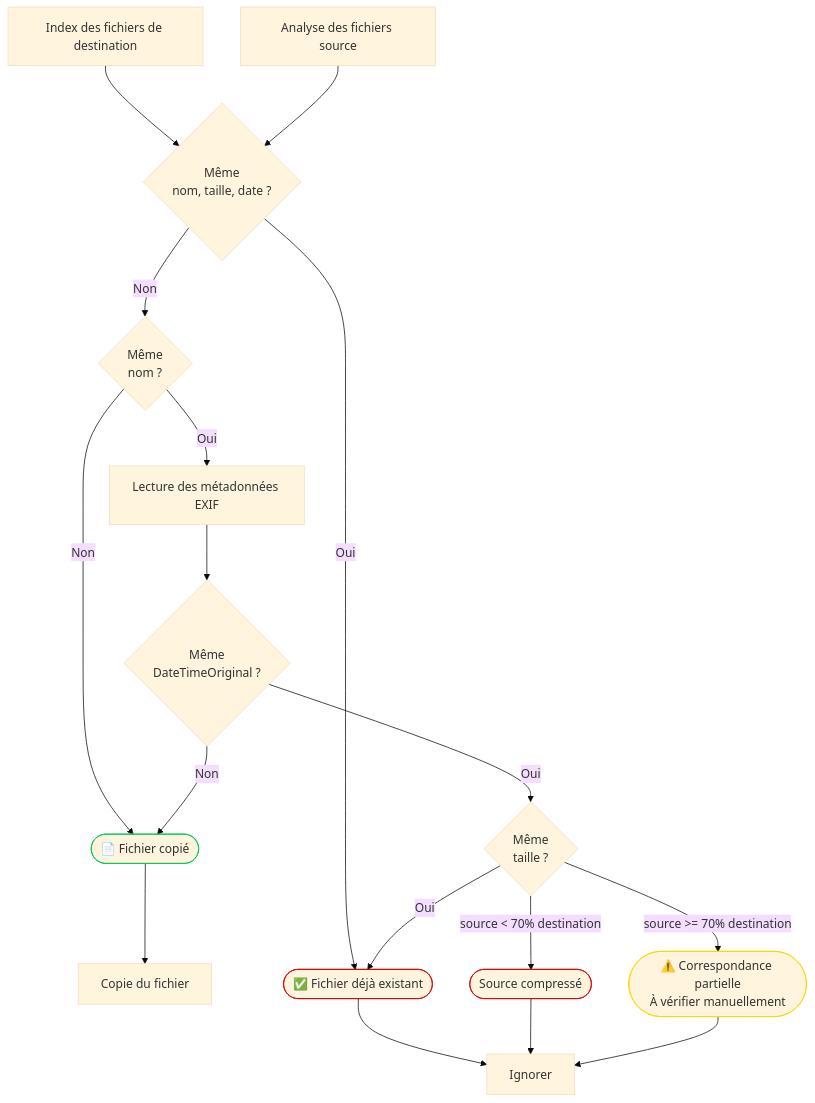
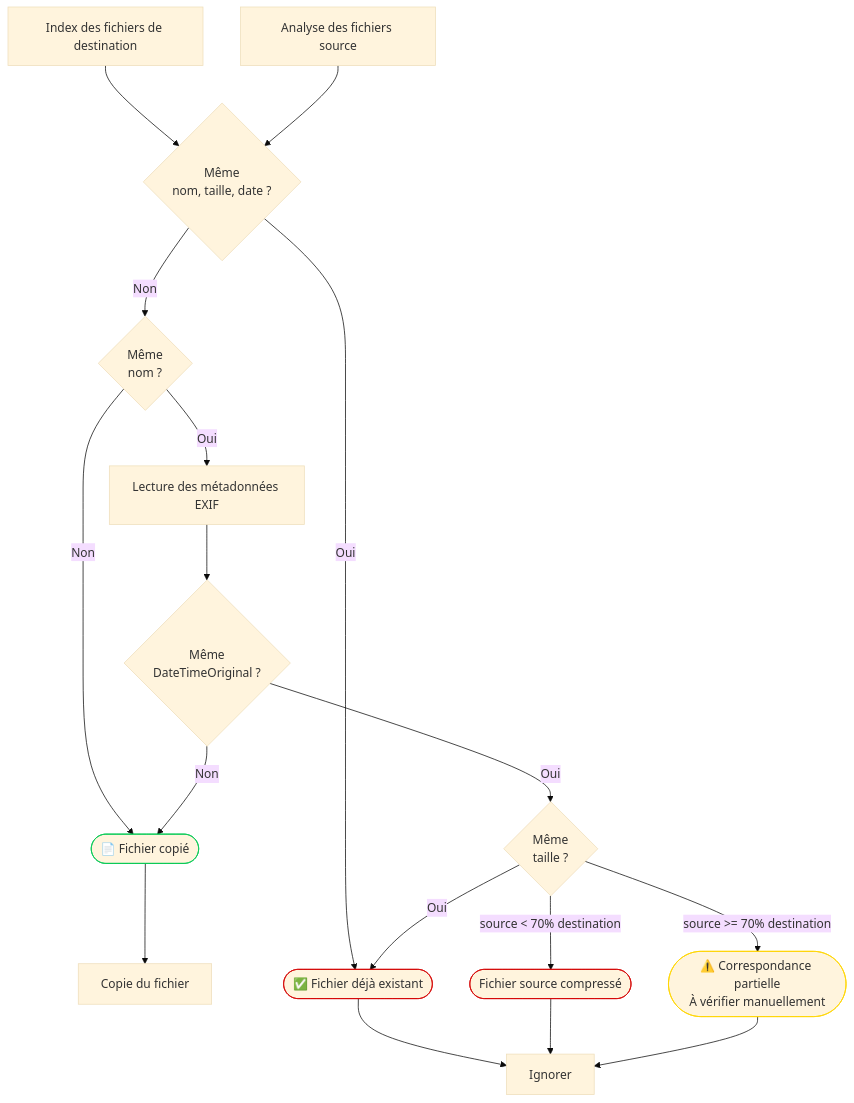
The diagram in docs/README.fr.md (FunkyKwak/unique-photo-transfer), drawn with Mermaid (base theme) before and after one commit. The commit also changed other lines of this file, not shown here.

````diff
--- a/docs/README.fr.md
+++ b/docs/README.fr.md
@@ -52,45 +54,45 @@
 ```mermaid
 flowchart TD
 
     A[Index des fichiers de destination]
     B[Analyse des fichiers source]
     C{Même<br>nom, taille, date ?}
     D[Copie du fichier]
     E([✅ Fichier déjà existant])
     F[Lecture des métadonnées EXIF]
     G{Même<br>DateTimeOriginal ?}
     H([📄 Fichier copié])
     I([⚠️ Correspondance partielle<br>À vérifier manuellement])
     J[Ignorer]
     L{Même<br>taille ?}
-    M([Source compressé])
+    M([Fichier source compressé])
 
     A --> C
     B --> C
 
     C -->|Oui| E
     C -->|Non| K{Même<br>nom ?}
     
     K -->|Non| H
     K -->|Oui| F
 
     F --> G
 
     G -->|Oui| L
     G -->|Non| H
 
     L -->|Oui| E
     L -->|source < 70% destination| M
     L -->|source >= 70% destination| I
     
     H --> D
 
     E --> J
     M --> J
     I --> J
     
     style H stroke:#00C853
     style E stroke:#D50000
     style M stroke:#D50000
     style I stroke:#FFD600
 ```
````
